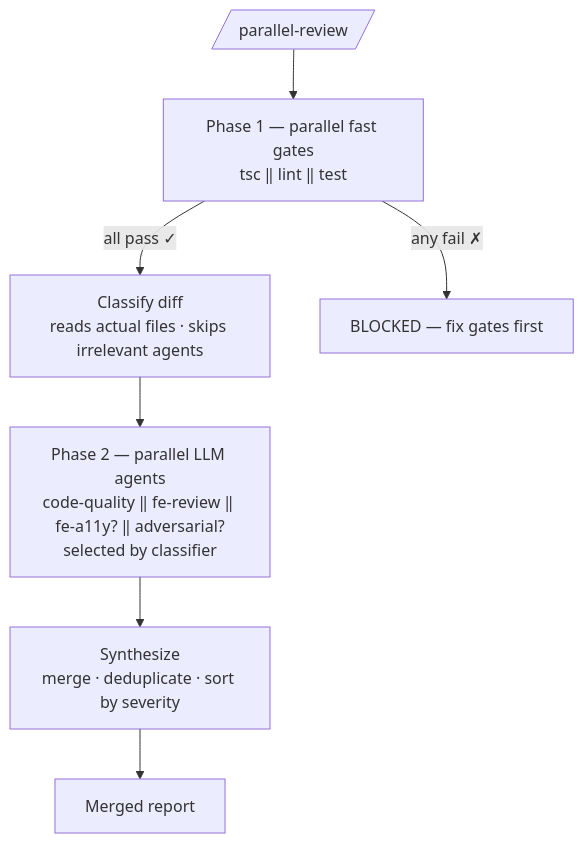
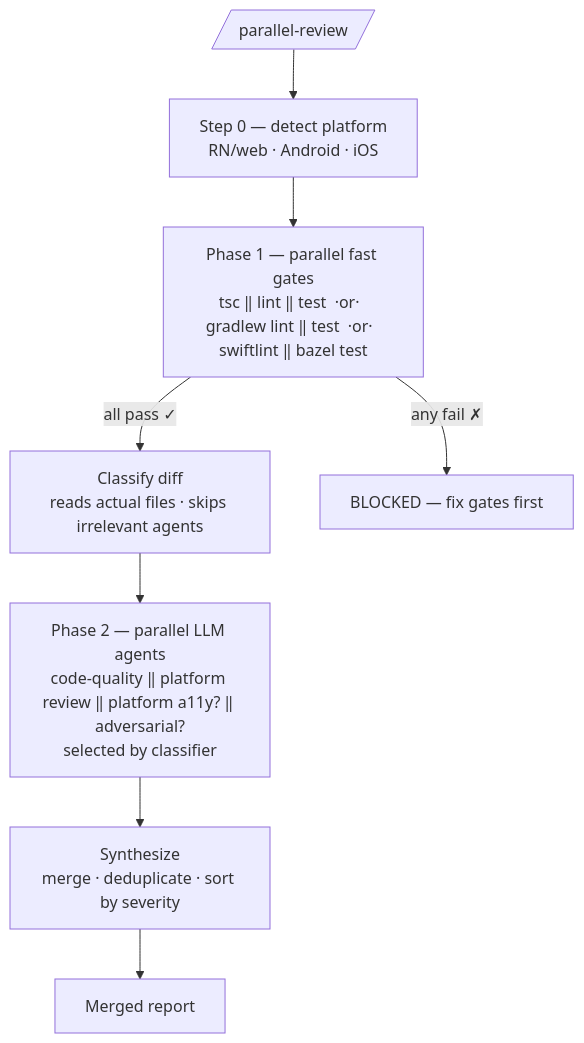
The second of 11 diagrams in README.md (raditia/CraftKit), drawn with Mermaid before and after one commit. The commit also changed other lines of this file and 19 other files, not shown here.

````diff
--- a/README.md
+++ b/README.md
@@ -215,9 +222,10 @@
 ```mermaid
 flowchart TD
-    A[/parallel-review/] --> B["Phase 1 — parallel fast gates\ntsc ‖ lint ‖ test"]
+    A[/parallel-review/] --> P["Step 0 — detect platform\nRN/web · Android · iOS"]
+    P --> B["Phase 1 — parallel fast gates\ntsc ‖ lint ‖ test  ·or·  gradlew lint ‖ test  ·or·  swiftlint ‖ bazel test"]
     B -->|all pass ✓| C["Classify diff\nreads actual files · skips irrelevant agents"]
-    C --> D["Phase 2 — parallel LLM agents\ncode-quality ‖ fe-review ‖ fe-a11y? ‖ adversarial?\nselected by classifier"]
+    C --> D["Phase 2 — parallel LLM agents\ncode-quality ‖ platform review ‖ platform a11y? ‖ adversarial?\nselected by classifier"]
     D --> E["Synthesize\nmerge · deduplicate · sort by severity"]
     E --> F[Merged report]
     B -->|any fail ✗| G[BLOCKED — fix gates first]
 ```
````
